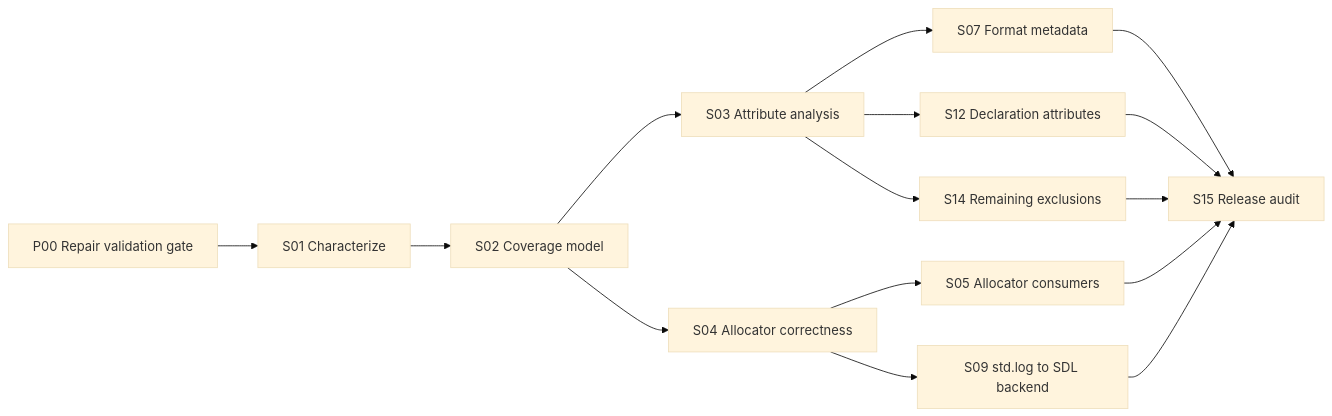
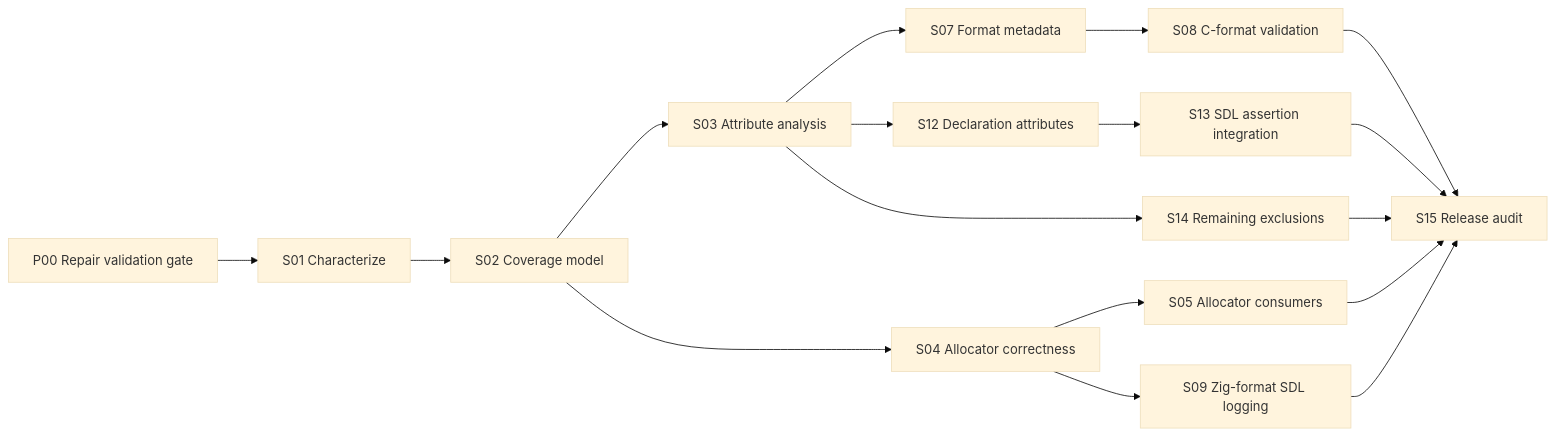
One commit to kxress/sdl3-zig changed the diagram in REPORT.md. Above: the diagram before and after it, drawn with Mermaid (base theme). The commit also changed other lines of this file, not shown here.

First line of the commit message:
Revalidate SDL/Zig interoperability roadmap

````diff
--- a/REPORT.md
+++ b/REPORT.md
@@ -832,17 +850,19 @@
 ```mermaid
 flowchart LR
     P00["P00 Repair validation gate"] --> S01["S01 Characterize"]
     S01 --> S02["S02 Coverage model"]
     S02 --> S03["S03 Attribute analysis"]
     S02 --> S04["S04 Allocator correctness"]
     S04 --> S05["S05 Allocator consumers"]
-    S04 --> S09["S09 std.log to SDL backend"]
+    S04 --> S09["S09 Zig-format SDL logging"]
     S03 --> S07["S07 Format metadata"]
+    S07 --> S08["S08 C-format validation"]
     S03 --> S12["S12 Declaration attributes"]
+    S12 --> S13["S13 SDL assertion integration"]
     S03 --> S14["S14 Remaining exclusions"]
     S05 --> S15["S15 Release audit"]
-    S07 --> S15
+    S08 --> S15
     S09 --> S15
-    S12 --> S15
+    S13 --> S15
     S14 --> S15
 ```
````
